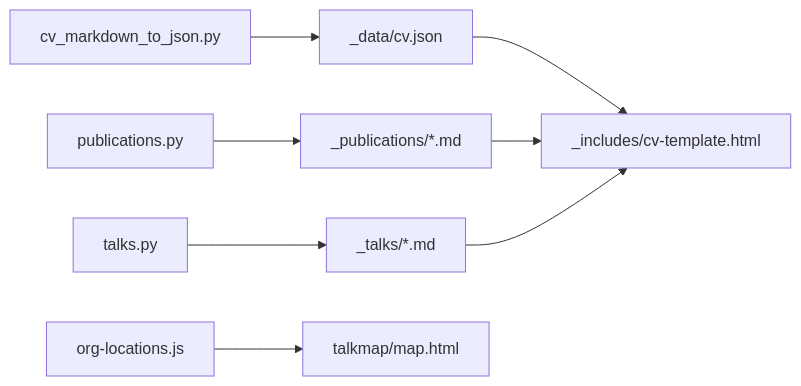
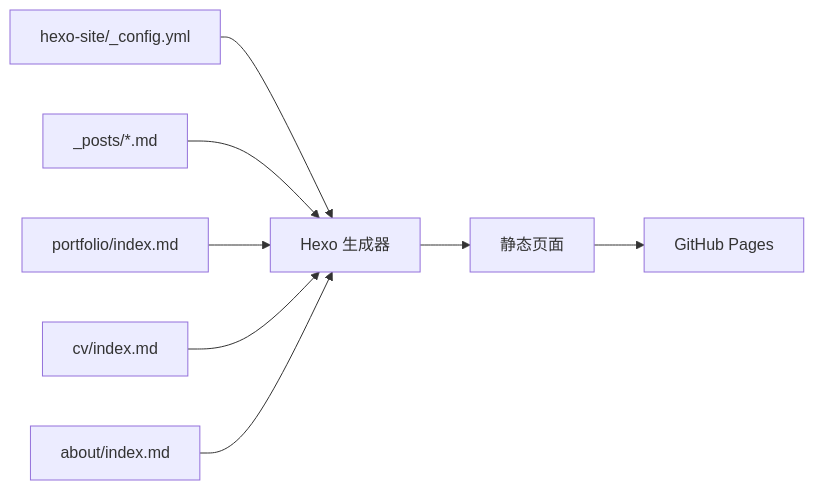
One commit to CoolPig0720/CoolPig0720.github.io changed the fifth of 5 diagrams in .qoder/repowiki/zh/content/学术功能模块/学术功能模块.md. Above: the diagram before and after it, drawn with Mermaid. The commit also changed other lines of this file and 36 other files, not shown here.

````diff
--- a/.qoder/repowiki/zh/content/学术功能模块/学术功能模块.md
+++ b/.qoder/repowiki/zh/content/学术功能模块/学术功能模块.md
@@ -382,10 +239,10 @@
 ```mermaid
 graph LR
-CVScript["cv_markdown_to_json.py"] --> CVJSON["_data/cv.json"]
-PubScript["publications.py"] --> PubMD["_publications/*.md"]
-TalkScript["talks.py"] --> TalkMD["_talks/*.md"]
-CVJSON --> CVTemplate["_includes/cv-template.html"]
-PubMD --> CVTemplate
-TalkMD --> CVTemplate
-OrgLoc["org-locations.js"] --> MapPage["talkmap/map.html"]
+Config["hexo-site/_config.yml"] --> Hexo["Hexo 生成器"]
+Posts["_posts/*.md"] --> Hexo
+Portfolio["portfolio/index.md"] --> Hexo
+CV["cv/index.md"] --> Hexo
+About["about/index.md"] --> Hexo
+Hexo --> Static["静态页面"]
+Static --> GitHub["GitHub Pages"]
 ```
````
